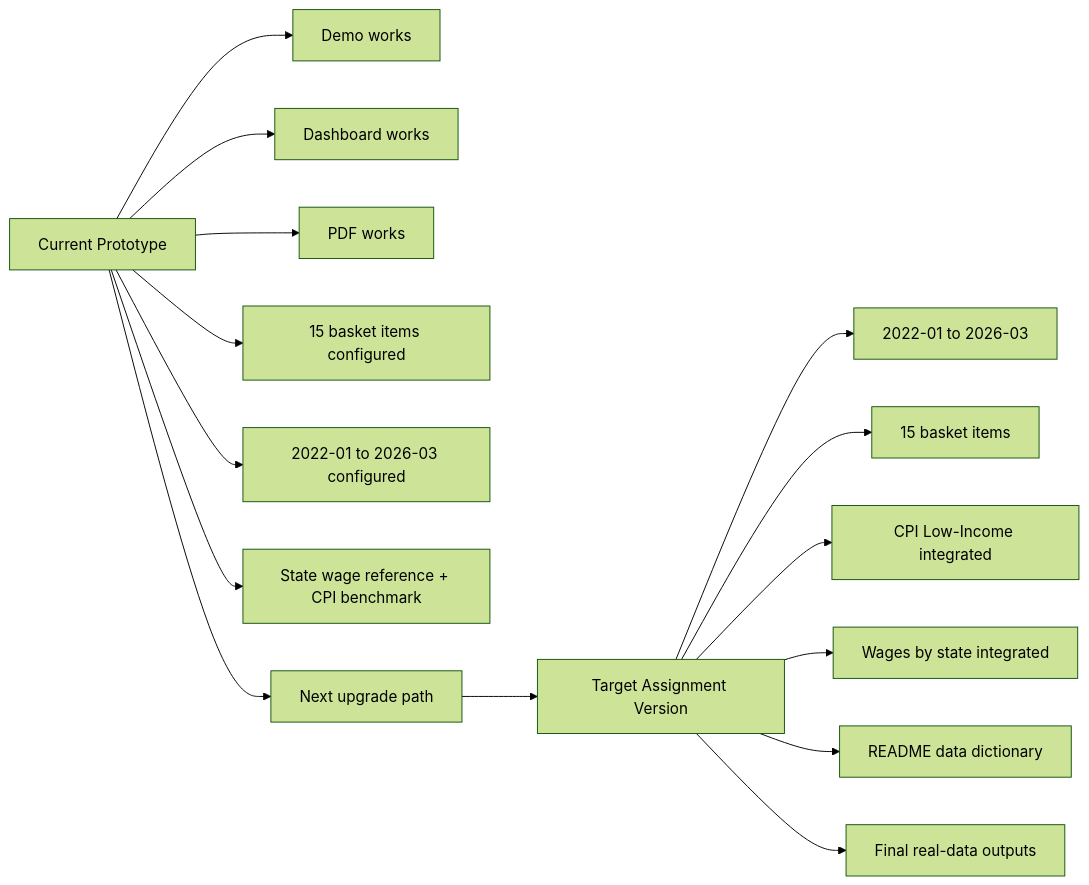
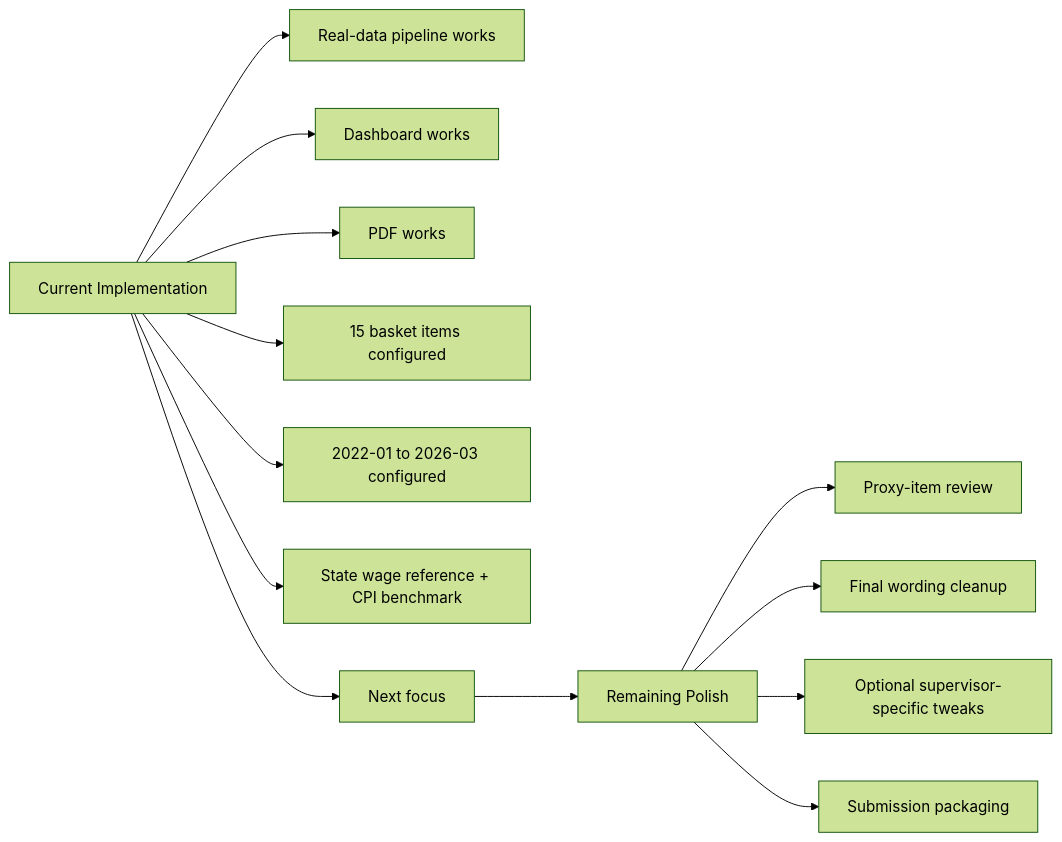
The fourth of 5 diagrams in docs/project_overview.md (ProfFariz/BakulB40), drawn with Mermaid (forest theme) before and after one commit. The commit also changed other lines of this file and 10 other files, not shown here.

````diff
--- a/docs/project_overview.md
+++ b/docs/project_overview.md
@@ -104,19 +103,17 @@
 ```mermaid
 flowchart LR
-  A["Current Prototype"] --> A1["Demo works"]
+  A["Current Implementation"] --> A1["Real-data pipeline works"]
   A --> A2["Dashboard works"]
   A --> A3["PDF works"]
   A --> A4["15 basket items configured"]
   A --> A5["2022-01 to 2026-03 configured"]
   A --> A6["State wage reference + CPI benchmark"]
 
-  B["Target Assignment Version"] --> B1["2022-01 to 2026-03"]
-  B --> B2["15 basket items"]
-  B --> B3["CPI Low-Income integrated"]
-  B --> B4["Wages by state integrated"]
-  B --> B5["README data dictionary"]
-  B --> B6["Final real-data outputs"]
+  B["Remaining Polish"] --> B1["Proxy-item review"]
+  B --> B2["Final wording cleanup"]
+  B --> B3["Optional supervisor-specific tweaks"]
+  B --> B4["Submission packaging"]
 
-  A --> C["Next upgrade path"]
+  A --> C["Next focus"]
   C --> B
 ```
````
